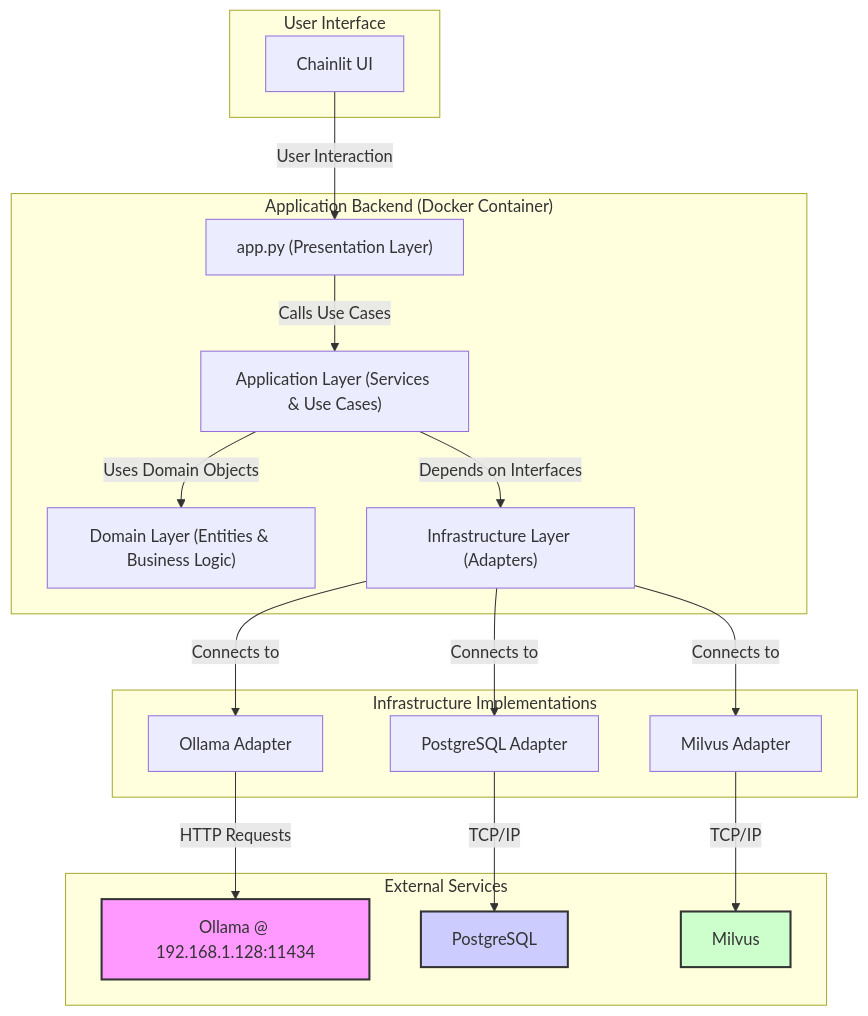
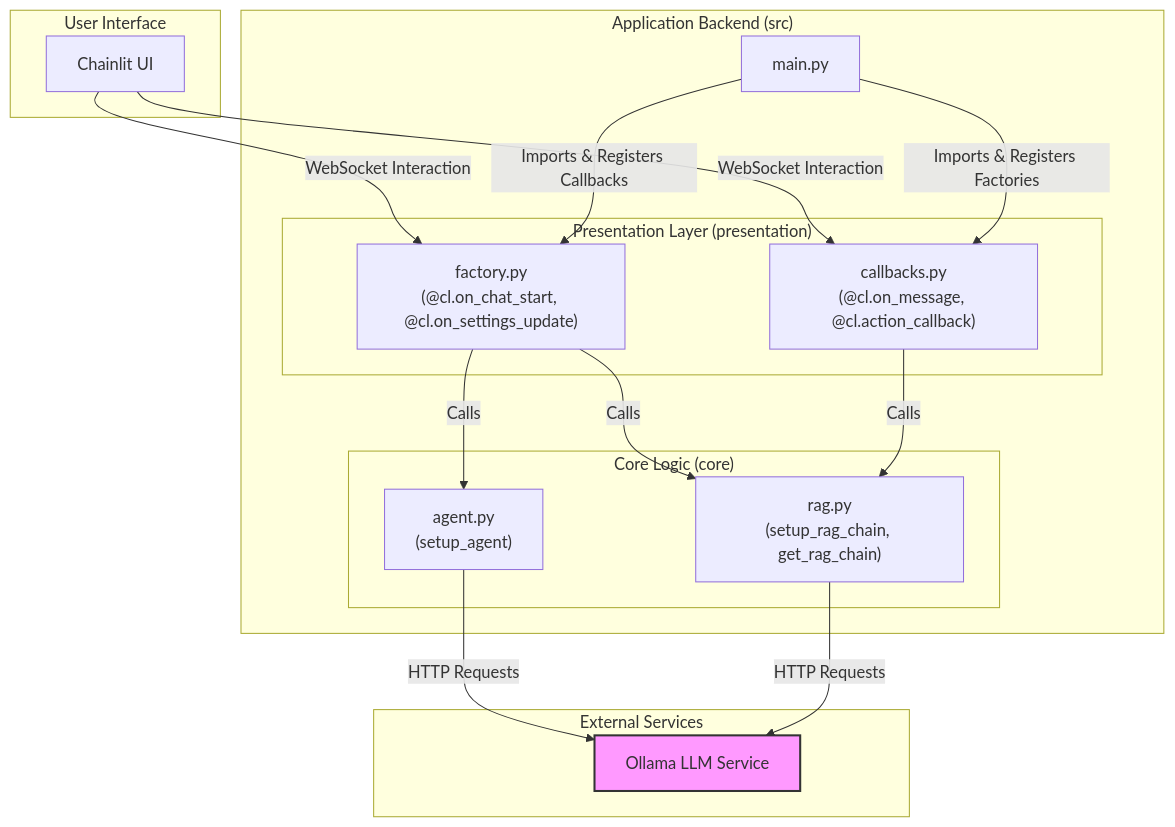
The diagram in structure.mmd (VOVSn/Talk_to_PDF), drawn with Mermaid before and after one commit. The commit also changed 2 other files, not shown here.

Commit message:
structure mermaid

```diff
--- a/structure.mmd
+++ b/structure.mmd
@@ -1,40 +1,36 @@
 graph TD
     subgraph "User Interface"
         A[Chainlit UI]
     end
 
-    subgraph "Application Backend (Docker Container)"
-        B["app.py (Presentation Layer)"]
-        C["Application Layer (Services & Use Cases)"]
-        D["Domain Layer (Entities & Business Logic)"]
-        E["Infrastructure Layer (Adapters)"]
+    subgraph "Application Backend (src)"
+        B[main.py]
+
+        subgraph "Presentation Layer (presentation)"
+            C["factory.py<br/>(@cl.on_chat_start, @cl.on_settings_update)"]
+            D["callbacks.py<br/>(@cl.on_message, @cl.action_callback)"]
+        end
+
+        subgraph "Core Logic (core)"
+            E["agent.py<br/>(setup_agent)"]
+            F["rag.py<br/>(setup_rag_chain, get_rag_chain)"]
+        end
     end
 
     subgraph "External Services"
-        F["Ollama @ 192.168.1.128:11434"]
-        G[PostgreSQL]
-        H[Milvus]
+        G["Ollama LLM Service"]
     end
 
-    A -- "User Interaction" --> B
-    B -- "Calls Use Cases" --> C
-    C -- "Uses Domain Objects" --> D
-    C -- "Depends on Interfaces" --> E
+    A -- "WebSocket Interaction" --> C & D
 
-    subgraph "Infrastructure Implementations"
-        E_Ollama["Ollama Adapter"]
-        E_Postgres["PostgreSQL Adapter"]
-        E_Milvus["Milvus Adapter"]
-    end
+    B -- "Imports & Registers Callbacks" --> C
+    B -- "Imports & Registers Factories" --> D
 
-    E -- "Connects to" --> E_Ollama
-    E -- "Connects to" --> E_Postgres
-    E -- "Connects to" --> E_Milvus
+    C -- "Calls" --> E
+    C -- "Calls" --> F
+    D -- "Calls" --> F
 
-    E_Ollama -- "HTTP Requests" --> F
-    E_Postgres -- "TCP/IP" --> G
-    E_Milvus -- "TCP/IP" --> H
+    E -- "HTTP Requests" --> G
+    F -- "HTTP Requests" --> G
 
-    style F fill:#f9f,stroke:#333,stroke-width:2px
-    style G fill:#ccf,stroke:#333,stroke-width:2px
-    style H fill:#cfc,stroke:#333,stroke-width:2px
+    style G fill:#f9f,stroke:#333,stroke-width:2px
```
